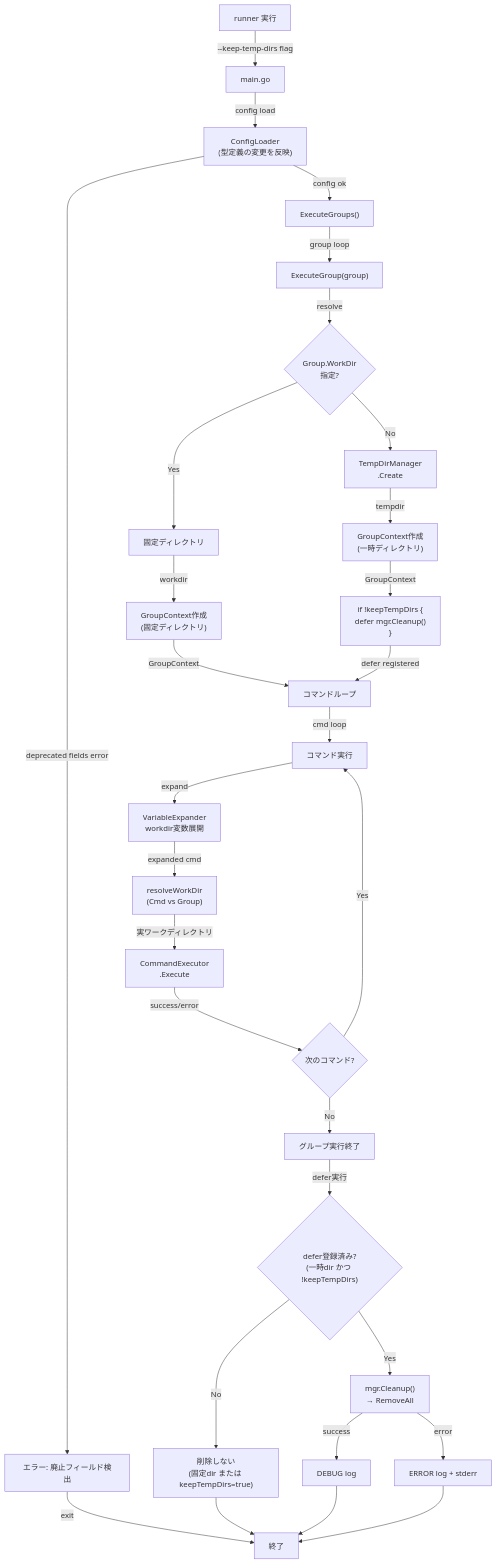
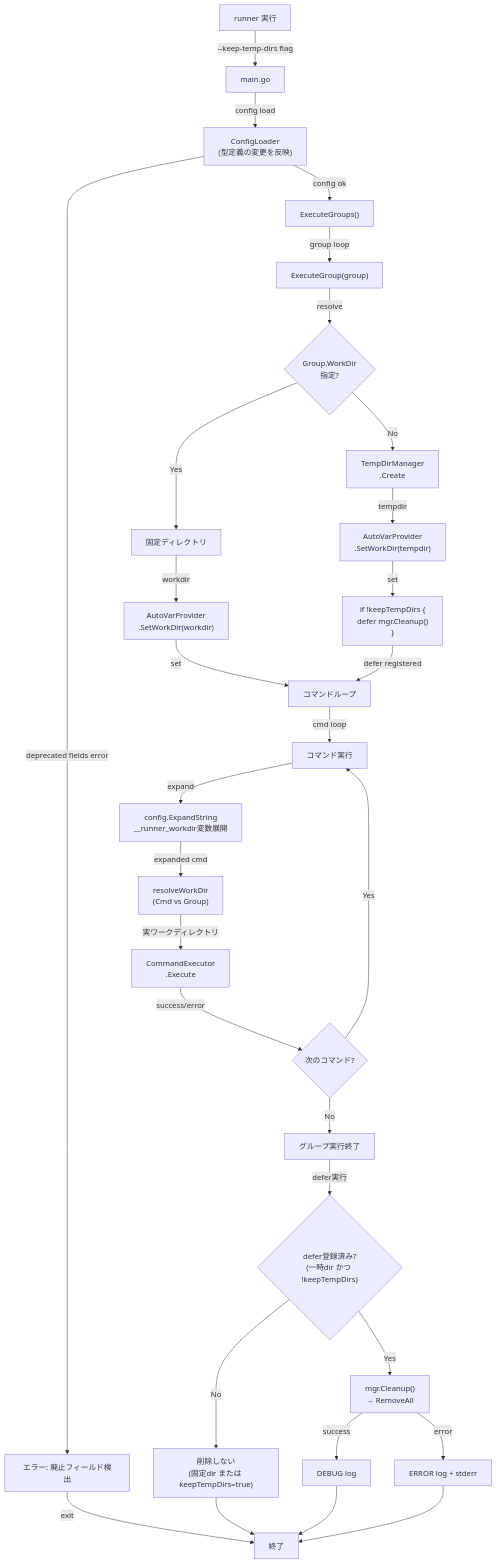
Diagram 11 of 11 in docs/tasks/0034_workdir_redesign/02_architecture.md (isseis/go-safe-cmd-runner), drawn with Mermaid before and after one commit. The commit also changed other lines of this file, not shown here.

First line of the commit message:
Refactor workdir design docs to use AutoVarProvider for __runner_workdir

````diff
--- a/docs/tasks/0034_workdir_redesign/02_architecture.md
+++ b/docs/tasks/0034_workdir_redesign/02_architecture.md
@@ -740,49 +755,49 @@
 ```mermaid
 flowchart TD
     Start["runner 実行"] -->|--keep-temp-dirs flag| Main["main.go"]
 
     Main -->|config load| ConfigLoader["ConfigLoader<br/>(型定義の変更を反映)"]
     ConfigLoader -->|deprecated fields error| Error1["エラー: 廃止フィールド検出"]
     ConfigLoader -->|config ok| ExecuteGroups
 
     ExecuteGroups["ExecuteGroups()"]
 
     ExecuteGroups -->|group loop| ExecuteGroup["ExecuteGroup(group)"]
 
     ExecuteGroup -->|resolve| ResolveWorkDir
     ResolveWorkDir{"Group.WorkDir<br/>指定?"}
     ResolveWorkDir -->|Yes| UseGroupWD["固定ディレクトリ"]
     ResolveWorkDir -->|No| CreateTempDir["TempDirManager<br/>.Create"]
 
-    UseGroupWD -->|workdir| CreateGroupCtx["GroupContext作成<br/>(固定ディレクトリ)"]
-    CreateTempDir -->|tempdir| CreateGroupCtx2["GroupContext作成<br/>(一時ディレクトリ)"]
+    UseGroupWD -->|workdir| SetWorkDir["AutoVarProvider<br/>.SetWorkDir(workdir)"]
+    CreateTempDir -->|tempdir| SetWorkDir2["AutoVarProvider<br/>.SetWorkDir(tempdir)"]
 
-    CreateGroupCtx -->|GroupContext| CmdLoop["コマンドループ"]
-    CreateGroupCtx2 -->|GroupContext| RegisterDefer
+    SetWorkDir -->|set| CmdLoop["コマンドループ"]
+    SetWorkDir2 -->|set| RegisterDefer
 
     RegisterDefer["if !keepTempDirs {<br/>  defer mgr.Cleanup()<br/>}"]
     RegisterDefer -->|defer registered| CmdLoop
 
     CmdLoop -->|cmd loop| ExecuteCmd["コマンド実行"]
 
-    ExecuteCmd -->|expand| VariableExpander["VariableExpander<br/>workdir変数展開"]
+    ExecuteCmd -->|expand| VariableExpander["config.ExpandString<br/>__runner_workdir変数展開"]
     VariableExpander -->|expanded cmd| ResolveCmd["resolveWorkDir<br/>(Cmd vs Group)"]
     ResolveCmd -->|実ワークディレクトリ| CommandExecutor["CommandExecutor<br/>.Execute"]
 
     CommandExecutor -->|success/error| NextCmd{次のコマンド?}
     NextCmd -->|Yes| ExecuteCmd
     NextCmd -->|No| GroupEnd["グループ実行終了"]
 
     Error1 -->|exit| End["終了"]
 
     GroupEnd -->|defer実行| DeferCheck{"defer登録済み?<br/>(一時dir かつ !keepTempDirs)"}
     DeferCheck -->|Yes| Delete["mgr.Cleanup()<br/>→ RemoveAll"]
     DeferCheck -->|No| NoDelete["削除しない<br/>(固定dir または keepTempDirs=true)"]
 
     Delete -->|success| DeleteOK["DEBUG log"]
     Delete -->|error| DeleteErr["ERROR log + stderr"]
 
     NoDelete --> End
     DeleteOK --> End
     DeleteErr --> End
 ```
````
